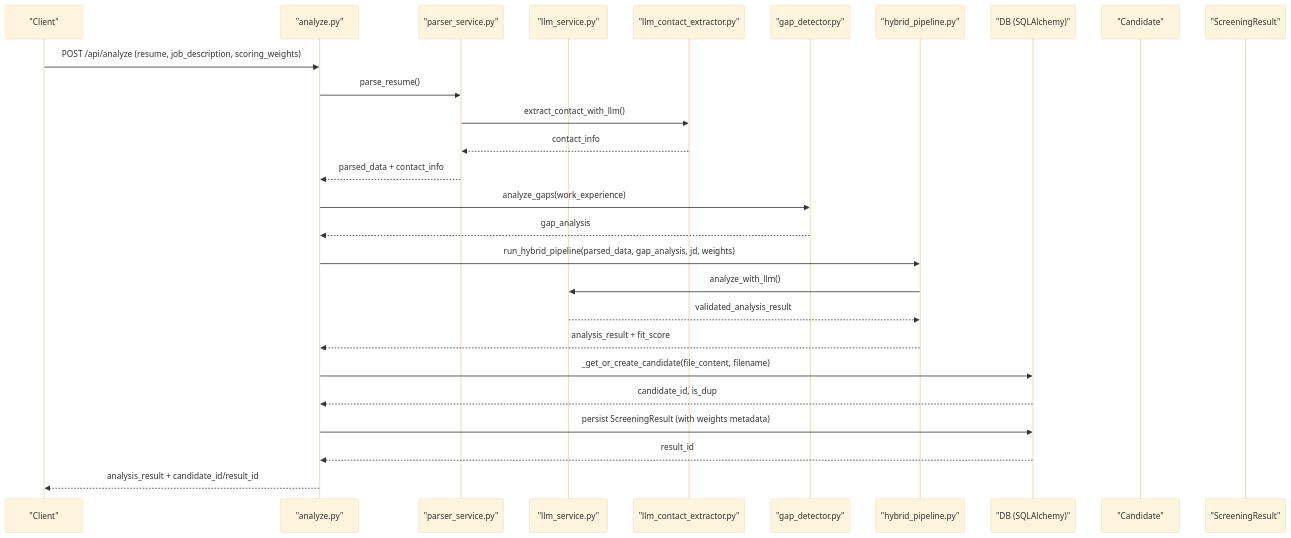
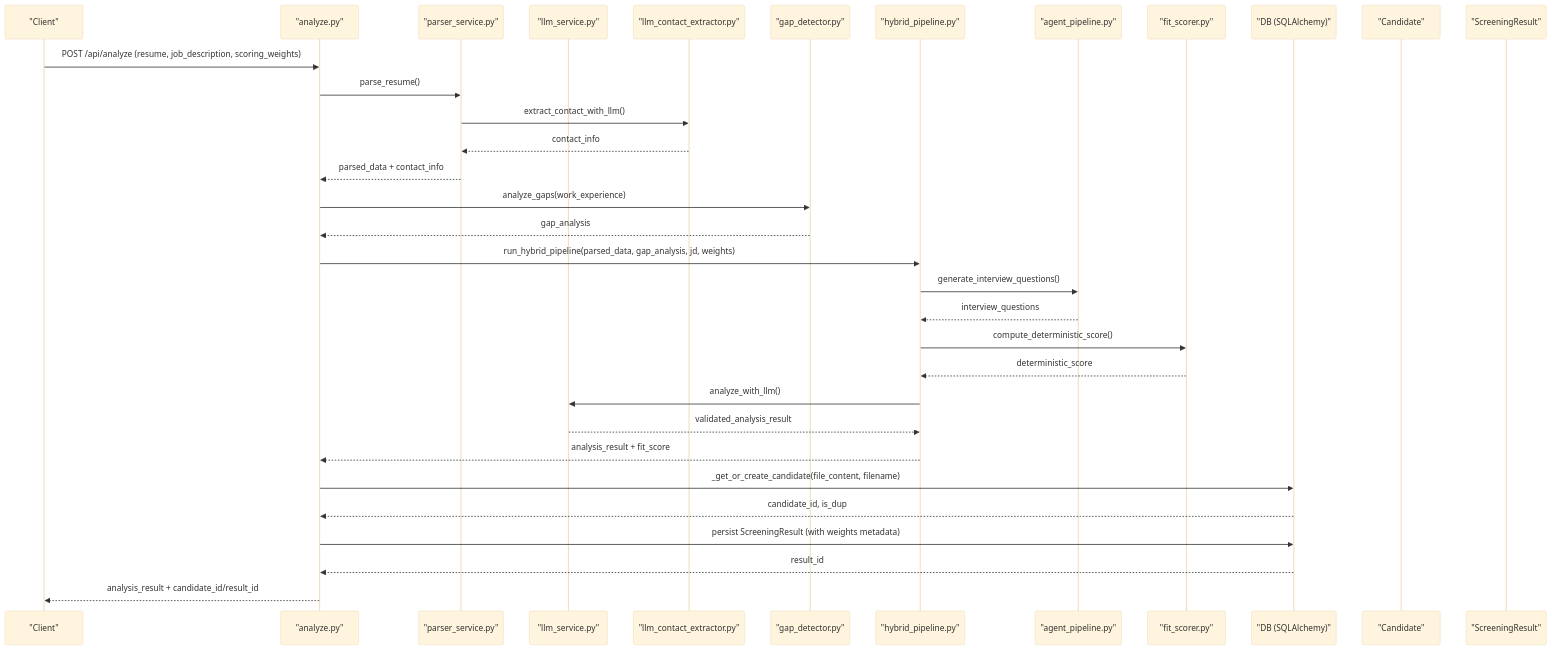
One commit to Revanththetalogics/aireume changed the second of 19 diagrams in .qoder/repowiki/en/content/Candidate Management/Candidate Management.md. Above: the diagram before and after it, drawn with Mermaid (base theme). The commit also changed other lines of this file and 41 other files, not shown here.

````diff
--- a/.qoder/repowiki/en/content/Candidate Management/Candidate Management.md
+++ b/.qoder/repowiki/en/content/Candidate Management/Candidate Management.md
@@ -163,29 +191,35 @@
 ```mermaid
 sequenceDiagram
 participant Client as "Client"
 participant Route as "analyze.py"
 participant Parser as "parser_service.py"
 participant LLM as "llm_service.py"
 participant LLMContact as "llm_contact_extractor.py"
 participant Gap as "gap_detector.py"
 participant Pipe as "hybrid_pipeline.py"
+participant Agent as "agent_pipeline.py"
+participant FS as "fit_scorer.py"
 participant DB as "DB (SQLAlchemy)"
 participant Cand as "Candidate"
 participant Res as "ScreeningResult"
 Client->>Route : POST /api/analyze (resume, job_description, scoring_weights)
 Route->>Parser : parse_resume()
 Parser->>LLMContact : extract_contact_with_llm()
 LLMContact-->>Parser : contact_info
 Parser-->>Route : parsed_data + contact_info
 Route->>Gap : analyze_gaps(work_experience)
 Gap-->>Route : gap_analysis
 Route->>Pipe : run_hybrid_pipeline(parsed_data, gap_analysis, jd, weights)
+Pipe->>Agent : generate_interview_questions()
+Agent-->>Pipe : interview_questions
+Pipe->>FS : compute_deterministic_score()
+FS-->>Pipe : deterministic_score
 Pipe->>LLM : analyze_with_llm()
 LLM-->>Pipe : validated_analysis_result
 Pipe-->>Route : analysis_result + fit_score
 Route->>DB : _get_or_create_candidate(file_content, filename)
 DB-->>Route : candidate_id, is_dup
 Route->>DB : persist ScreeningResult (with weights metadata)
 DB-->>Route : result_id
 Route-->>Client : analysis_result + candidate_id/result_id
 ```
````
